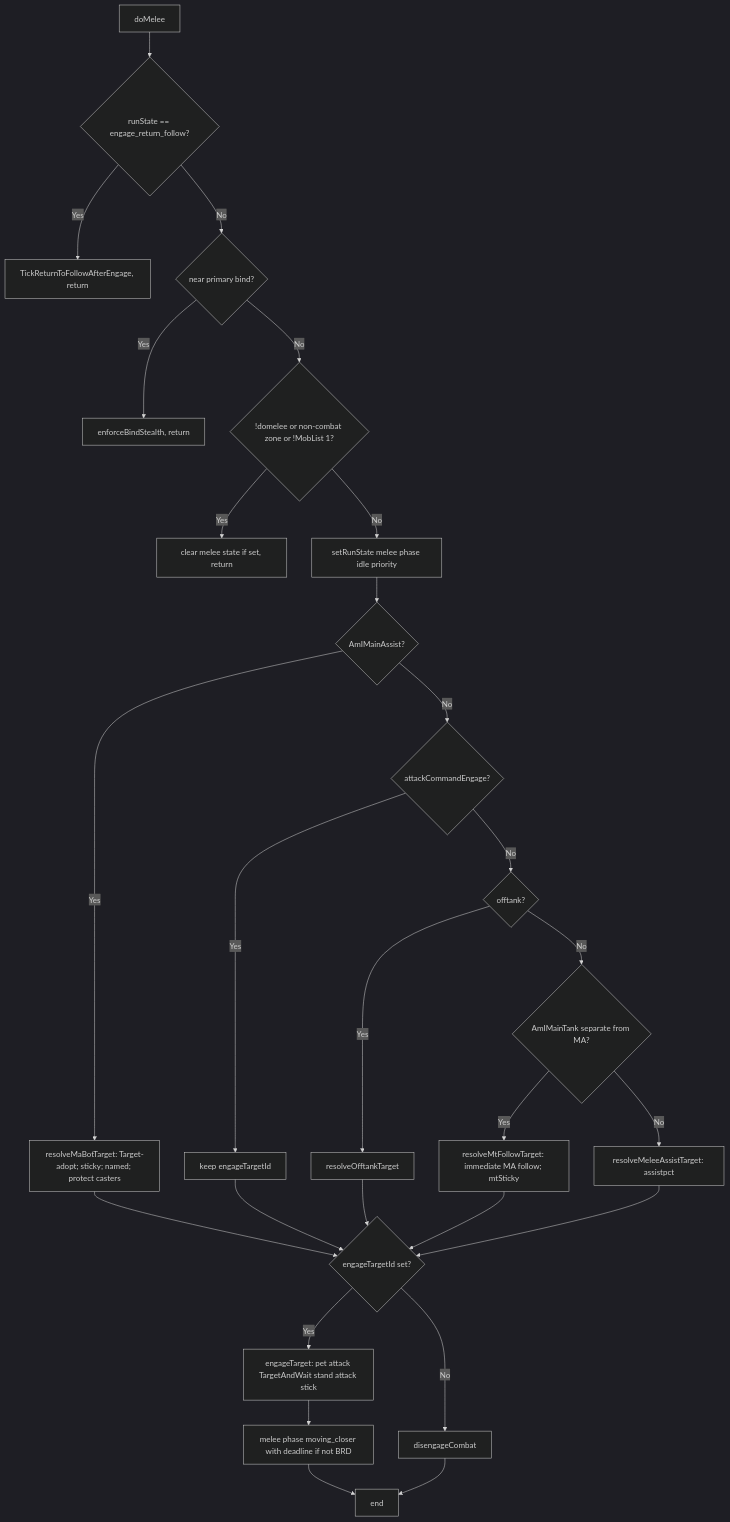
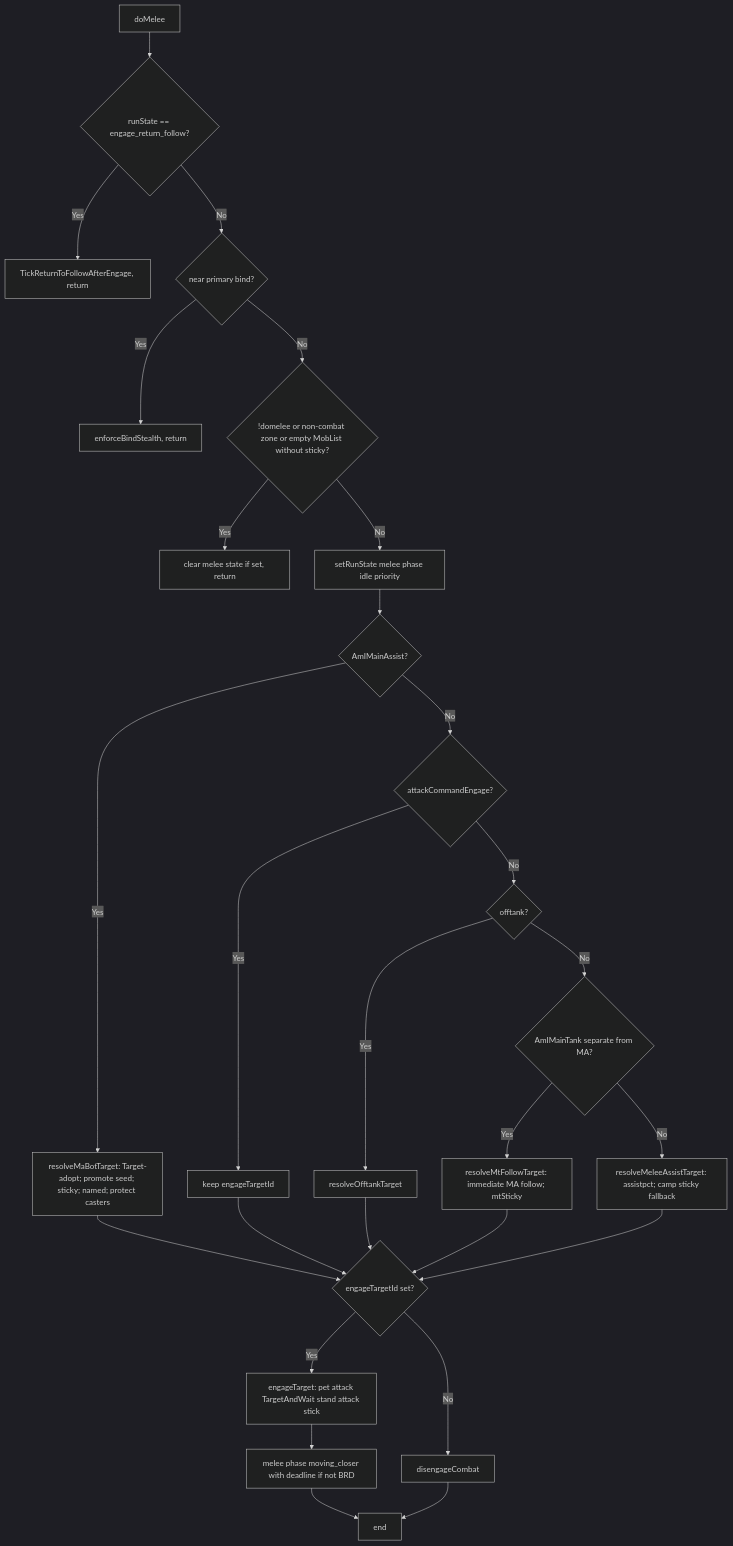
The diagram in docs/botlogic/hook-domelee.md (Cezero/czbot), drawn with Mermaid (dark theme) before and after one commit. The commit also changed other lines of this file and 15 other files, not shown here.

````diff
--- a/docs/botlogic/hook-domelee.md
+++ b/docs/botlogic/hook-domelee.md
@@ -12,30 +12,30 @@
 ```mermaid
 flowchart TB
     Start[doMelee] --> EngageReturn{runState == engage_return_follow?}
     EngageReturn -->|Yes| TickReturn[TickReturnToFollowAfterEngage, return]
     EngageReturn -->|No| Bind{near primary bind?}
     Bind -->|Yes| ClearBind[enforceBindStealth, return]
-    Bind -->|No| Guards{!domelee or non-combat zone or !MobList 1?}
+    Bind -->|No| Guards{!domelee or non-combat zone or empty MobList without sticky?}
     Guards -->|Yes| ClearMelee[clear melee state if set, return]
     Guards -->|No| SetMelee[setRunState melee phase idle priority]
     SetMelee --> MA{AmIMainAssist?}
-    MA -->|Yes| MATarget[resolveMaBotTarget: Target-adopt; sticky; named; protect casters]
+    MA -->|Yes| MATarget[resolveMaBotTarget: Target-adopt; promote seed; sticky; named; protect casters]
     MA -->|No| AttackLock{attackCommandEngage?}
     AttackLock -->|Yes| KeepEngage[keep engageTargetId]
     AttackLock -->|No| OT{offtank?}
     OT -->|Yes| OTResolve[resolveOfftankTarget]
     OT -->|No| MT{AmIMainTank separate from MA?}
     MT -->|Yes| MTFollow[resolveMtFollowTarget: immediate MA follow; mtSticky]
-    MT -->|No| DPS[resolveMeleeAssistTarget: assistpct]
+    MT -->|No| DPS[resolveMeleeAssistTarget: assistpct; camp sticky fallback]
     KeepEngage --> HasTarget
     MATarget --> HasTarget
     OTResolve --> HasTarget
     MTFollow --> HasTarget
     DPS --> HasTarget
     HasTarget{engageTargetId set?}
     HasTarget -->|Yes| Engage[engageTarget: pet attack TargetAndWait stand attack stick]
     HasTarget -->|No| Disengage[disengageCombat]
     Engage --> MeleePhase[melee phase moving_closer with deadline if not BRD]
     Disengage --> End[end]
     MeleePhase --> End
 ```
````
